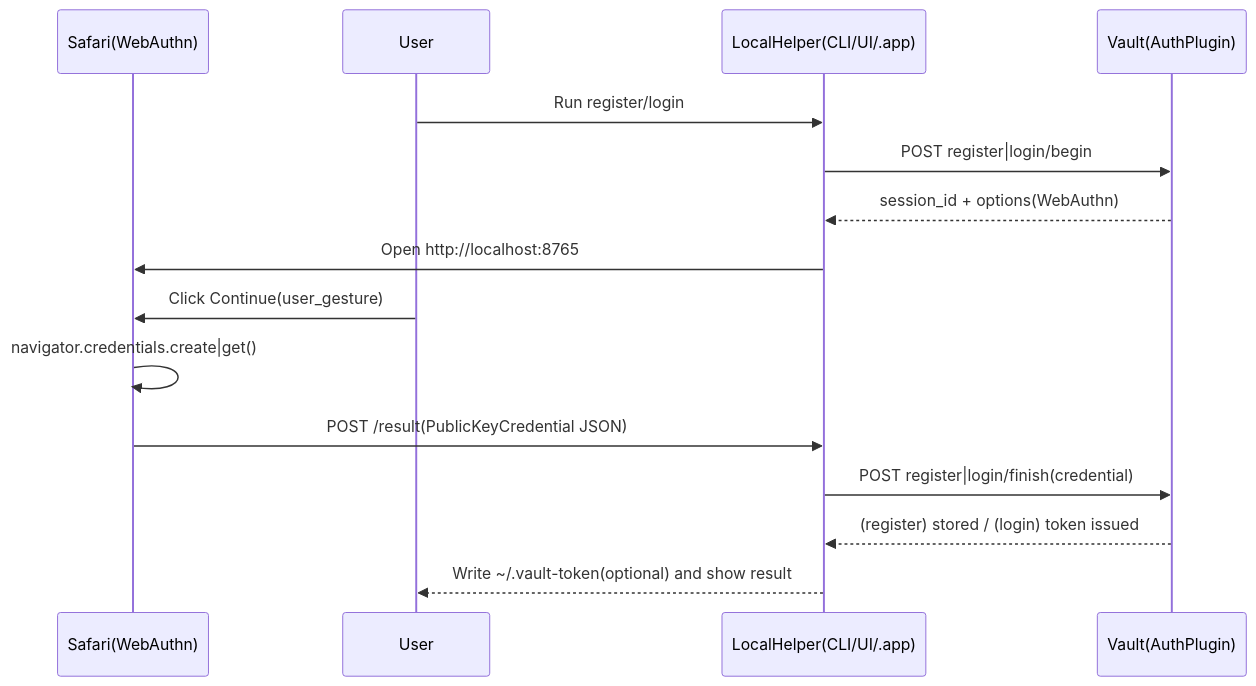
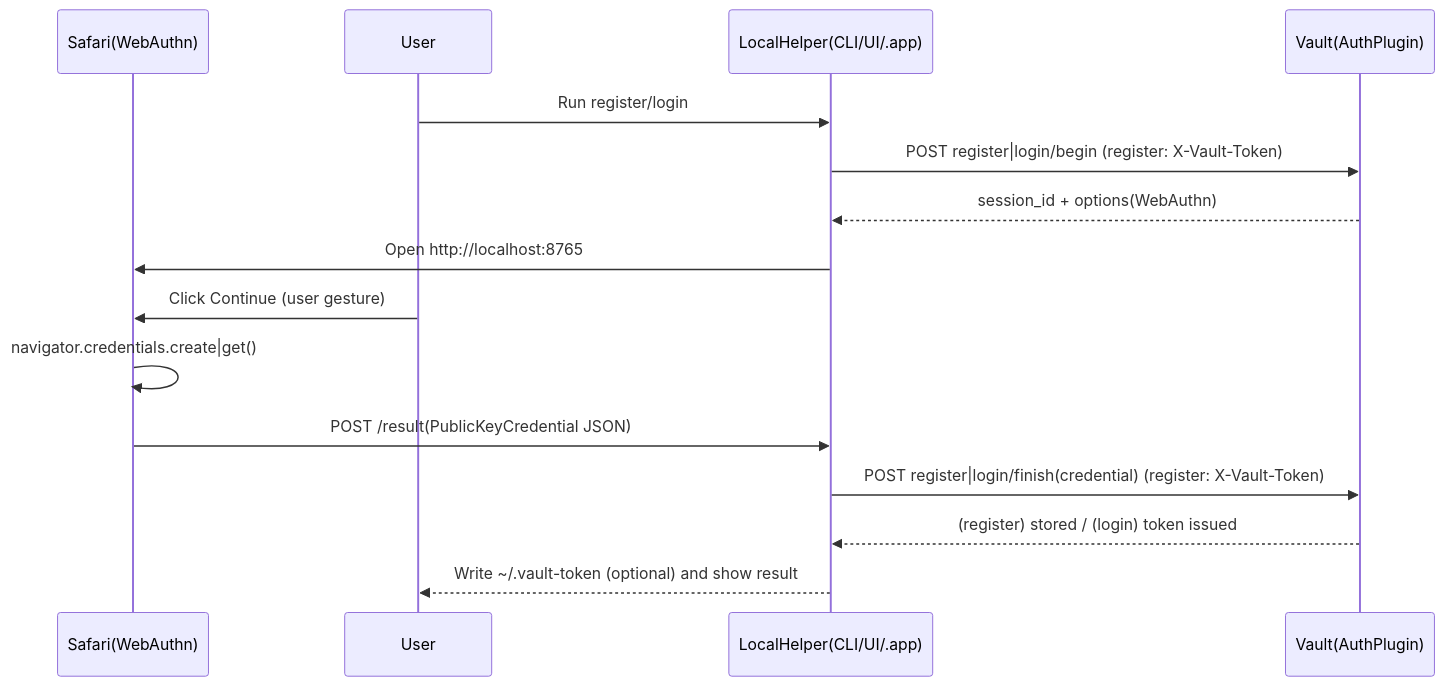
Before and after one commit to Great-Stone/vault-plugins: the diagram in plugins/vault-plugin-auth-mac-passkey/README.md, drawn with Mermaid. The commit also changed other lines of this file and 11 other files, not shown here.

````diff
--- a/plugins/vault-plugin-auth-mac-passkey/README.md
+++ b/plugins/vault-plugin-auth-mac-passkey/README.md
@@ -31,18 +31,18 @@
 ```mermaid
 sequenceDiagram
   participant Safari as Safari(WebAuthn)
   participant User as User
   participant Helper as LocalHelper(CLI/UI/.app)
   participant Vault as Vault(AuthPlugin)
 
   User->>Helper: Run register/login
-  Helper->>Vault: POST register|login/begin
+  Helper->>Vault: POST register|login/begin (register: X-Vault-Token)
   Vault-->>Helper: session_id + options(WebAuthn)
   Helper->>Safari: Open http://localhost:8765
-  User->>Safari: Click Continue(user_gesture)
+  User->>Safari: Click Continue (user gesture)
   Safari->>Safari: navigator.credentials.create|get()
   Safari->>Helper: POST /result(PublicKeyCredential JSON)
-  Helper->>Vault: POST register|login/finish(credential)
+  Helper->>Vault: POST register|login/finish(credential) (register: X-Vault-Token)
   Vault-->>Helper: (register) stored / (login) token issued
-  Helper-->>User: Write ~/.vault-token(optional) and show result
+  Helper-->>User: Write ~/.vault-token (optional) and show result
 ```
````
